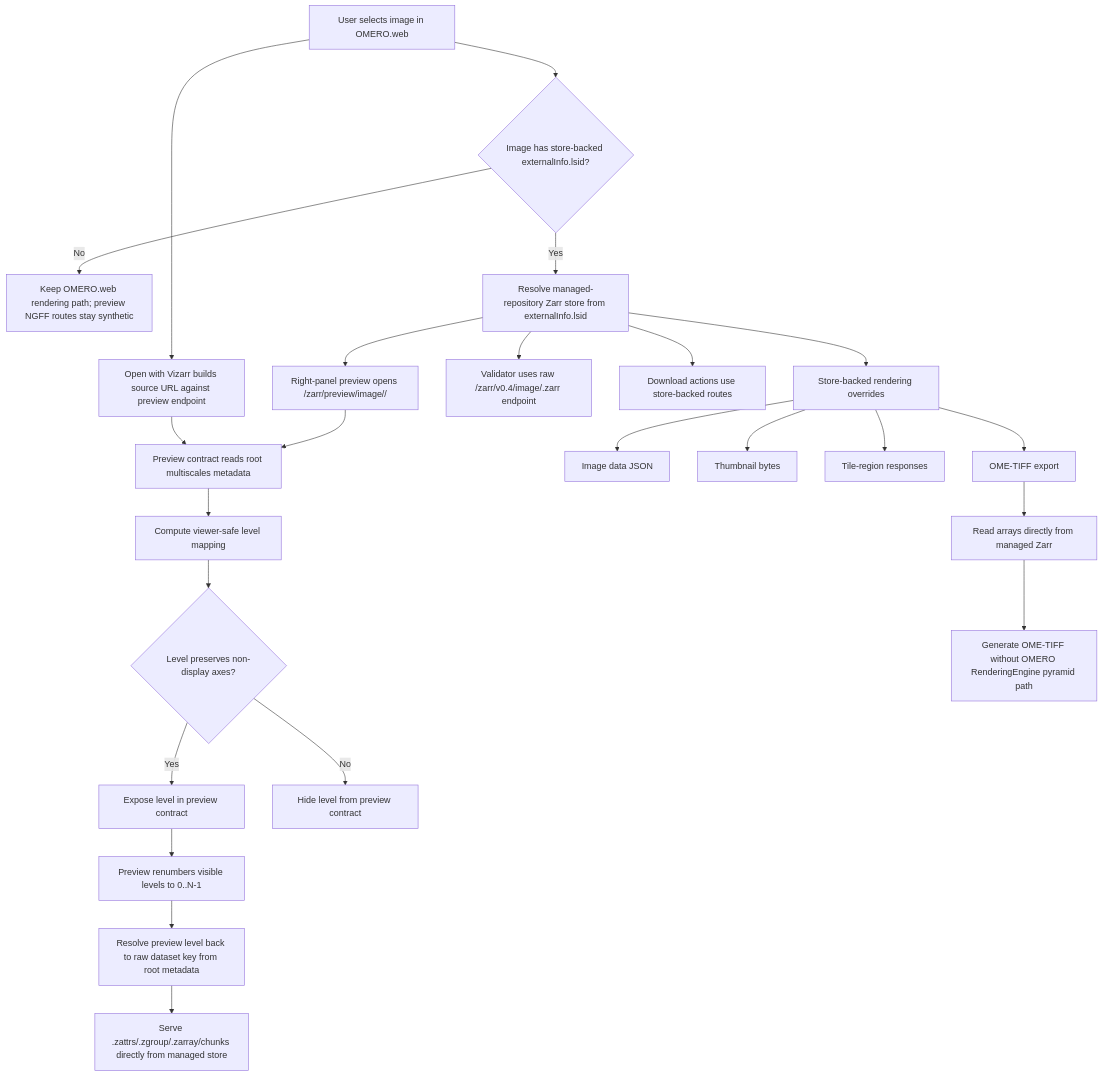
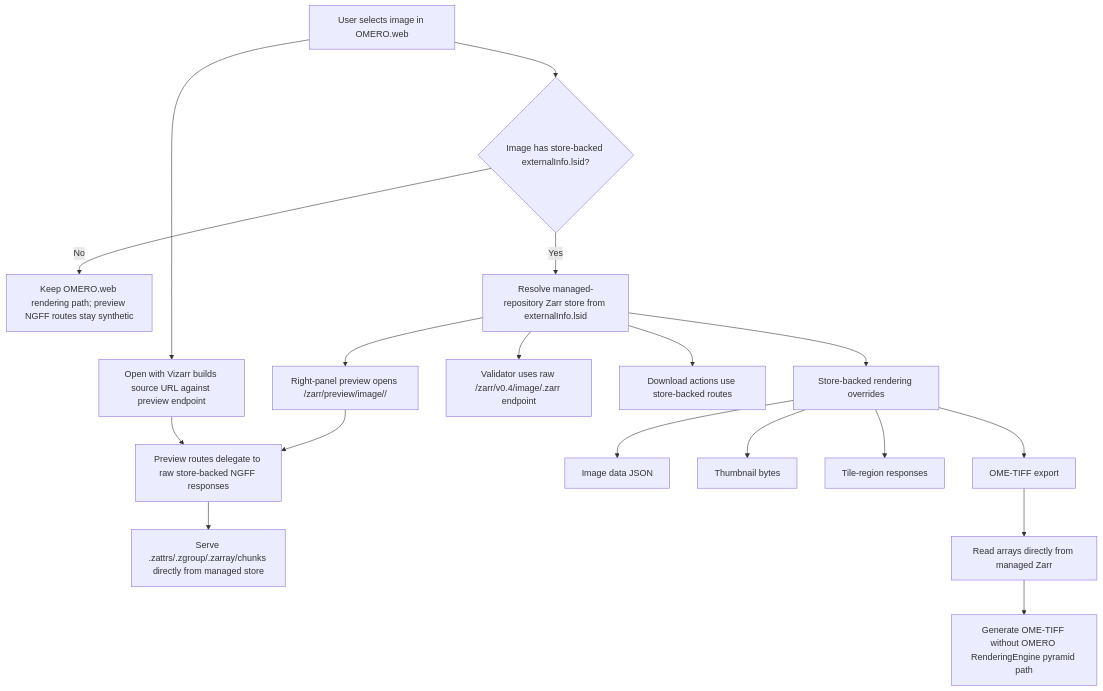
Before and after one commit to ZMB-UZH/omero-docker-extended: the diagram in docs/plugins/omero-web-zarr-workflow.md, drawn with Mermaid. The commit also changed other lines of this file and 6 other files, not shown here.

Commit message:
Fix store-backed Zarr preview regressions

````diff
--- a/docs/plugins/omero-web-zarr-workflow.md
+++ b/docs/plugins/omero-web-zarr-workflow.md
@@ -7,31 +7,24 @@
 ```mermaid
 flowchart TD
     A[User selects image in OMERO.web] --> B{Image has store-backed externalInfo.lsid?}
     B -->|No| C[Keep OMERO.web rendering path; preview NGFF routes stay synthetic]
     B -->|Yes| D[Resolve managed-repository Zarr store from externalInfo.lsid]
 
     D --> E[Right-panel preview opens /zarr/preview/image/<id>/]
     A --> F[Open with Vizarr builds source URL against preview endpoint]
     D --> G[Validator uses raw /zarr/v0.4/image/<id>.zarr endpoint]
     D --> H[Download actions use store-backed routes]
 
-    E --> I[Preview contract reads root multiscales metadata]
+    E --> I[Preview routes delegate to raw store-backed NGFF responses]
     F --> I
-    I --> J[Compute viewer-safe level mapping]
-    J --> K{Level preserves non-display axes?}
-    K -->|Yes| L[Expose level in preview contract]
-    K -->|No| M[Hide level from preview contract]
-
-    L --> N[Preview renumbers visible levels to 0..N-1]
-    N --> O[Resolve preview level back to raw dataset key from root metadata]
-    O --> P[Serve .zattrs/.zgroup/.zarray/chunks directly from managed store]
+    I --> J[Serve .zattrs/.zgroup/.zarray/chunks directly from managed store]
 
     D --> Q[Store-backed rendering overrides]
     Q --> R[Image data JSON]
     Q --> S[Thumbnail bytes]
     Q --> T[Tile-region responses]
     Q --> U[OME-TIFF export]
 
     U --> V[Read arrays directly from managed Zarr]
     V --> W[Generate OME-TIFF without OMERO RenderingEngine pyramid path]
 ```
````
